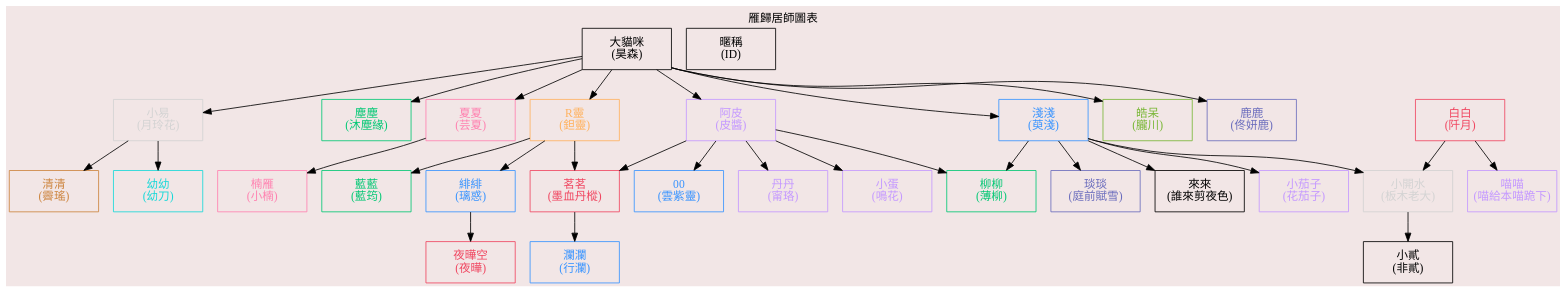
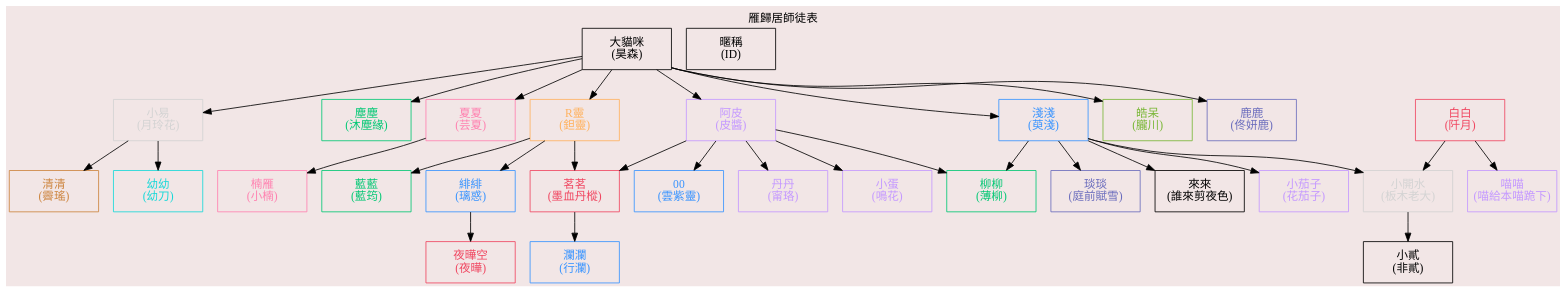
The first of 4 diagrams in README.md (necro-wbj/-), drawn with Graphviz before and after one commit.

Commit message:
雲端族譜webhook推送測試

````diff
--- a/README.md
+++ b/README.md
@@ -1,60 +1,60 @@
 ```dot
 digraph {
     bgcolor="#F2E6E6";
-    label="雁歸居師圖表";
+    label="雁歸居師徒表";
     labelloc="t";
     labeldistance=10;
     node[fontname="微軟正黑體",shape=box,fixedsize=true,height=0.7,width=1.5];
     //"帥氣的小姐姐"[label="帥氣的小姐姐\n(葬雪調)",color="#FF81B0",fontcolor="#FF81B0"]
     "大貓咪"[label="大貓咪\n(昊森)",color="black",fontcolor="black"]
     "藍藍"[label="藍藍\n(藍筠)",color="#02C874",fontcolor="#02C874"]
     "小易"[label="小易\n(月玲花)",color="lightgray",fontcolor="lightgray"]
     "清清"[label="清清\n(霽瑤)",color="#CD853F",fontcolor="#CD853F"]
     "幼幼"[label="幼幼\n(幼刀)",color="#16D8D8",fontcolor="#16D8D8"]
     "塵塵"[label="塵塵\n(沐塵緣)",color="#02C874",fontcolor="#02C874"]
     //"羊肉爐"[label="羊肉爐\n(墨曲紫濤)",color="#16D8D8",fontcolor="#16D8D8"]
     "柳柳"[label="柳柳\n(薄柳)",color="#02C874",fontcolor="#02C874"]
     //"小九"[label="小九\n(柳朔方)",color="#6A6CBD",fontcolor="#6A6CBD"]
     "夏夏"[label="夏夏\n(芸夏)",color="#FF81B0",fontcolor="#FF81B0"]
     "R靈"[label="R靈\n(鉭靈)",color="#FFB25F",fontcolor="#FFB25F"]
     "白白"[label="白白\n(阡月)",color="#F04660",fontcolor="#F04660"]
     //"R涼"[label="R涼\n(涼宸)",color="#16D8D8",fontcolor="#16D8D8"]
     "阿皮"[label="阿皮\n(皮醬)",color="#C498FF",fontcolor="#C498FF"]
     "00"[label="00\n(雲紫靈)",color="#3793FF",fontcolor="#3793FF"]
     //"小天"[label="小天\n(傲凌雲濤)",color="black",fontcolor="black"]
     "淺淺"[label="淺淺\n(萸淺)",color="#3793FF",fontcolor="#3793FF"]
     //"小貓貓"[label="小貓貓\n(貓尾蝶)",color="lightgray",fontcolor="lightgray"]
     "緋緋"[label="緋緋\n(璃惑)",color="#3793FF",fontcolor="#3793FF"]
     "皓呆"[label="皓呆\n(朧川)",color="#79B736",fontcolor="#79B736"]
     "瀾瀾"[label="瀾瀾\n(行瀾)",color="#3793FF",fontcolor="#3793FF"]
     //"阿夜"[label="阿夜\n(長孫雪夜)",color="#B43C00",fontcolor="#B43C00"]
     //"梨子"[label="梨子\n(蘇沐)",color="#FF81B0",fontcolor="#FF81B0"]
     "小開水"[label="小開水\n(板木老大)",color="lightgray",fontcolor="lightgray"]
     "茗茗"[label="茗茗\n(墨血丹樅)",color="#F04660",fontcolor="#F04660"]
     "丹丹"[label="丹丹\n(甯珞)",color="#C498FF",fontcolor="#C498FF"]
     "楠雁"[label="楠雁\n(小楠)",color="#FF81B0",fontcolor="#FF81B0"]
     "琰琰"[label="琰琰\n(庭前賦雪)",color="#6A6CBD",fontcolor="#6A6CBD"]
     //"仟仟"[label="仟仟\n(上雨知弦)",color="black",fontcolor="black"]
     "小貳"[label="小貳\n(非貳)",color="black",fontcolor="black"]
     //"73"[label="73\n(青衫不改去年)",color="black",fontcolor="black"]
     "夜曄空"[label="夜曄空\n(夜曄)",color="#F04660",fontcolor="#F04660"]
     "鹿鹿"[label="鹿鹿\n(佟妍鹿)",color="#6A6CBD",fontcolor="#6A6CBD"]
     "來來"[label="來來\n(誰來剪夜色)",color="black",fontcolor="black"]
     "小茄子"[label="小茄子\n(花茄子)",color="#C498FF",fontcolor="#C498FF"]
     "小蛋"[label="小蛋\n(鳴花)",color="#C498FF",fontcolor="#C498FF"]
     "喵喵"[label="喵喵\n(喵給本喵跪下)",color="#C498FF",fontcolor="#C498FF"]
 
     {rank = same;大貓咪 "暱稱\n(ID)"}
     大貓咪->{R靈 阿皮 小易 夏夏 塵塵 淺淺 皓呆 鹿鹿}
     淺淺->{琰琰 柳柳 來來 小茄子}
     {白白 淺淺}->小開水
     白白->{喵喵}
     小易->{清清 幼幼}
     阿皮->{00 柳柳 茗茗 丹丹 小蛋}
     R靈->{藍藍 緋緋 茗茗}
     茗茗->{瀾瀾}
     緋緋->{夜曄空}
     夏夏->{楠雁}
     小開水->{小貳}
 }
 ```
````
